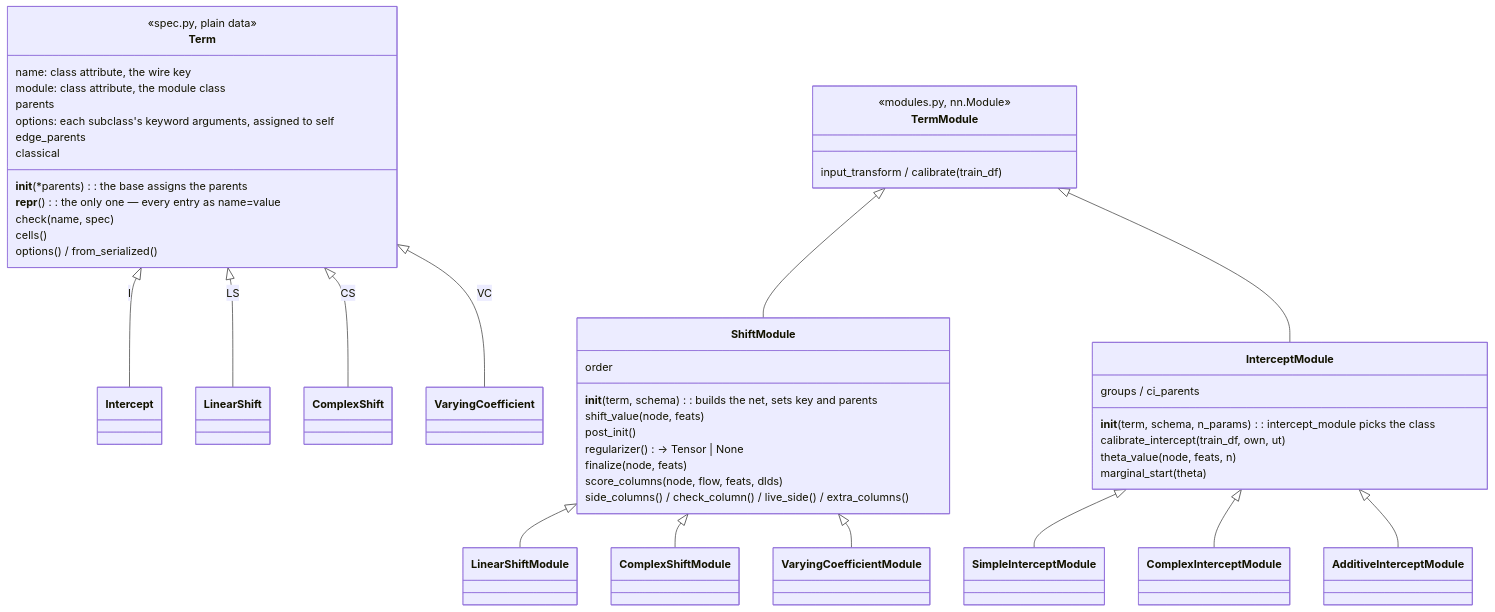
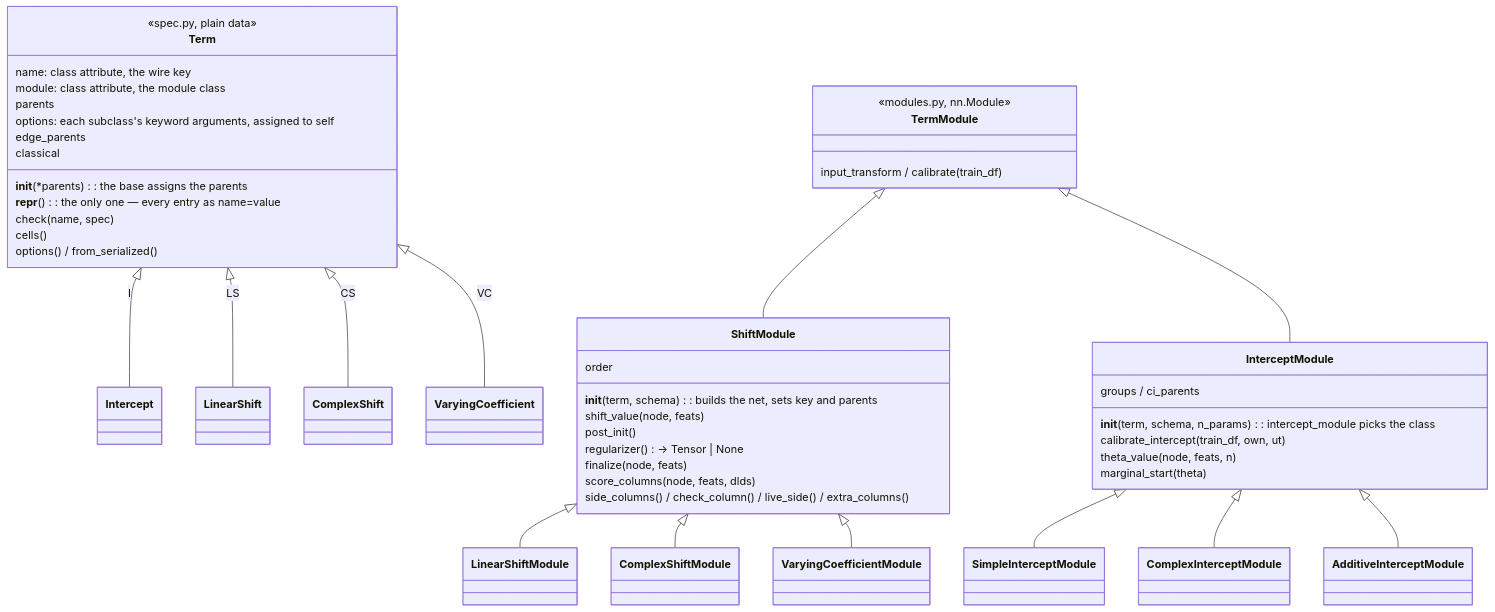
Before and after one commit to tensorchiefs/tramdag: the second of 6 diagrams in docs/architecture.md, drawn with Mermaid. The commit also changed 2 other files, not shown here.

Commit message:
refactor!: score_columns takes no flow
No implementation reads it since the schema carries the parent kind.

````diff
--- a/docs/architecture.md
+++ b/docs/architecture.md
@@ -58,50 +58,50 @@
 ```mermaid
 classDiagram
     class Term {
         <<spec.py, plain data>>
         name: class attribute, the wire key
         module: class attribute, the module class
         parents
         __init__(*parents): the base assigns the parents
         options: each subclass's keyword arguments, assigned to self
         __repr__(): the only one — every entry as name=value
         check(name, spec)
         edge_parents
         cells()
         classical
         options() / from_serialized()
     }
     Term <|-- Intercept : I
     Term <|-- LinearShift : LS
     Term <|-- ComplexShift : CS
     Term <|-- VaryingCoefficient : VC
     class TermModule {
         <<modules.py, nn.Module>>
         input_transform / calibrate(train_df)
     }
     class ShiftModule {
         __init__(term, schema): builds the net, sets key and parents
         order
         shift_value(node, feats)
         post_init()
         regularizer() -> Tensor | None
         finalize(node, feats)
-        score_columns(node, flow, feats, dlds)
+        score_columns(node, feats, dlds)
         side_columns() / check_column() / live_side() / extra_columns()
     }
     class InterceptModule {
         __init__(term, schema, n_params): intercept_module picks the class
         groups / ci_parents
         calibrate_intercept(train_df, own, ut)
         theta_value(node, feats, n)
         marginal_start(theta)
     }
     TermModule <|-- ShiftModule
     TermModule <|-- InterceptModule
     ShiftModule <|-- LinearShiftModule
     ShiftModule <|-- ComplexShiftModule
     ShiftModule <|-- VaryingCoefficientModule
     InterceptModule <|-- SimpleInterceptModule
     InterceptModule <|-- ComplexInterceptModule
     InterceptModule <|-- AdditiveInterceptModule
 ```
````
